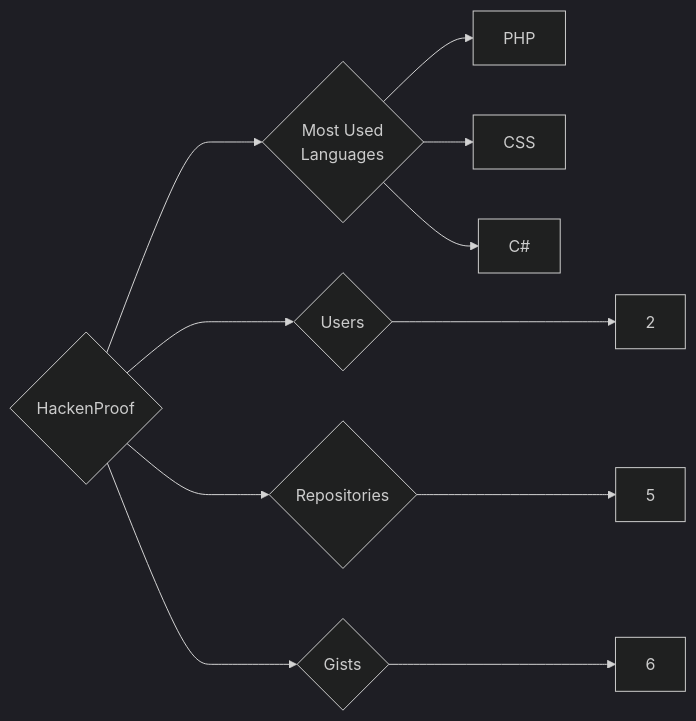
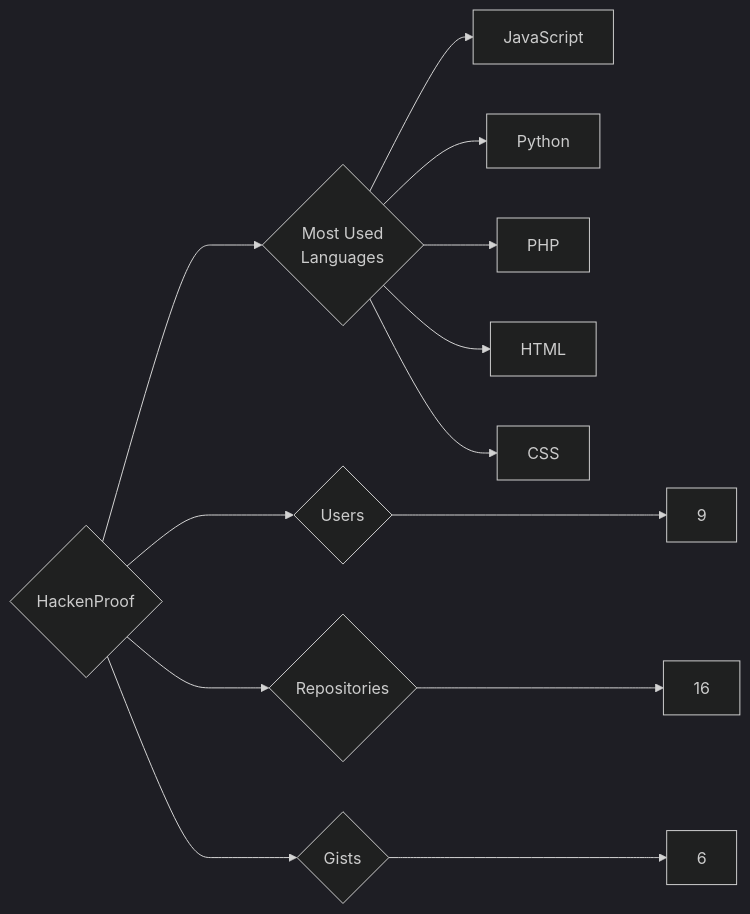
Before and after one commit to trickest/insiders: the diagram in targets/HackenProof/README.md, drawn with Mermaid (dark theme). The commit also changed 1175 other files, not shown here.

````diff
--- a/targets/HackenProof/README.md
+++ b/targets/HackenProof/README.md
@@ -3,11 +3,13 @@
 ```mermaid
 graph LR
 COMPANY_NAME{HackenProof}
-COMPANY_NAME ---> U{Users} ---> UN[2]
-COMPANY_NAME ---> R{Repositories} ---> RN[5]
+COMPANY_NAME ---> U{Users} ---> UN[9]
+COMPANY_NAME ---> R{Repositories} ---> RN[16]
 COMPANY_NAME ---> G{Gists} ---> GN[6]
 COMPANY_NAME ---> ML{Most Used<br>Languages}
+ML --> JavaScript[JavaScript]
+ML --> Python[Python]
 ML --> PHP[PHP]
+ML --> HTML[HTML]
 ML --> CSS[CSS]
-ML --> C#[C#]
 ```
````
